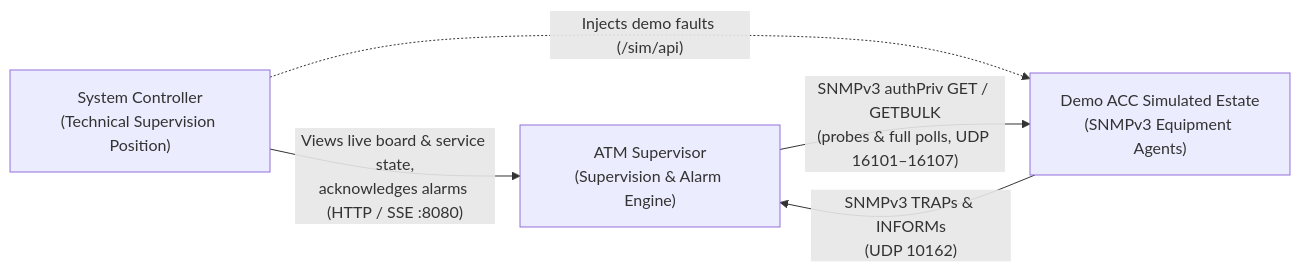
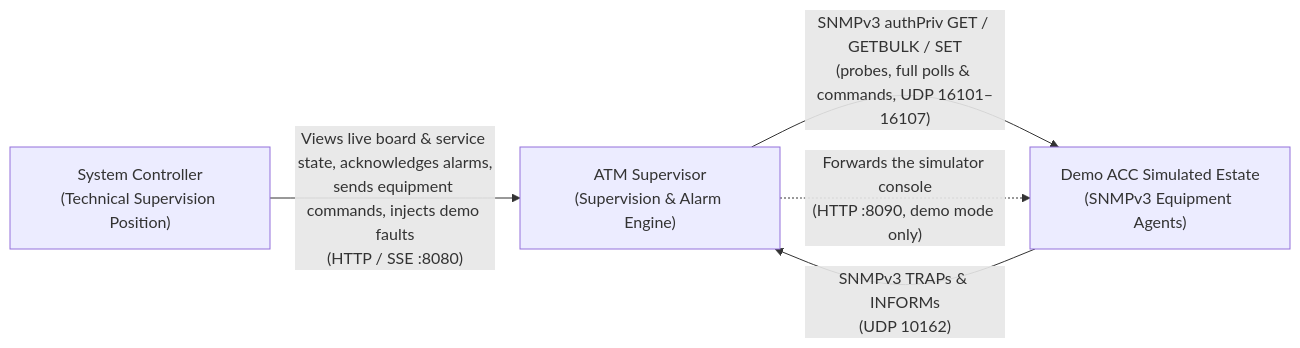
The first of 4 diagrams in docs/architecture.md (selvitopu/atm_superviser), drawn with Mermaid before and after one commit. The commit also changed other lines of this file and 14 other files, not shown here.

First line of the commit message:
Give a failed sign-in in the demo preflight its own message, and bring the documentation in line with the console that now goes through the supervisor.

````diff
--- a/docs/architecture.md
+++ b/docs/architecture.md
@@ -11,11 +11,11 @@
 ```mermaid
 flowchart LR
     SC["System Controller<br/>(Technical Supervision Position)"]
     SUP["ATM Supervisor<br/>(Supervision & Alarm Engine)"]
     SIM["Demo ACC Simulated Estate<br/>(SNMPv3 Equipment Agents)"]
 
-    SC -->|"Views live board & service state,<br/>acknowledges alarms (HTTP / SSE :8080)"| SUP
-    SC -.->|"Injects demo faults (/sim/api)"| SIM
-    SUP -->|"SNMPv3 authPriv GET / GETBULK<br/>(probes & full polls, UDP 16101–16107)"| SIM
+    SC -->|"Views live board & service state, acknowledges alarms,<br/>sends equipment commands, injects demo faults<br/>(HTTP / SSE :8080)"| SUP
+    SUP -->|"SNMPv3 authPriv GET / GETBULK / SET<br/>(probes, full polls & commands, UDP 16101–16107)"| SIM
+    SUP -.->|"Forwards the simulator console<br/>(HTTP :8090, demo mode only)"| SIM
     SIM -->|"SNMPv3 TRAPs & INFORMs<br/>(UDP 10162)"| SUP
 ```
````
